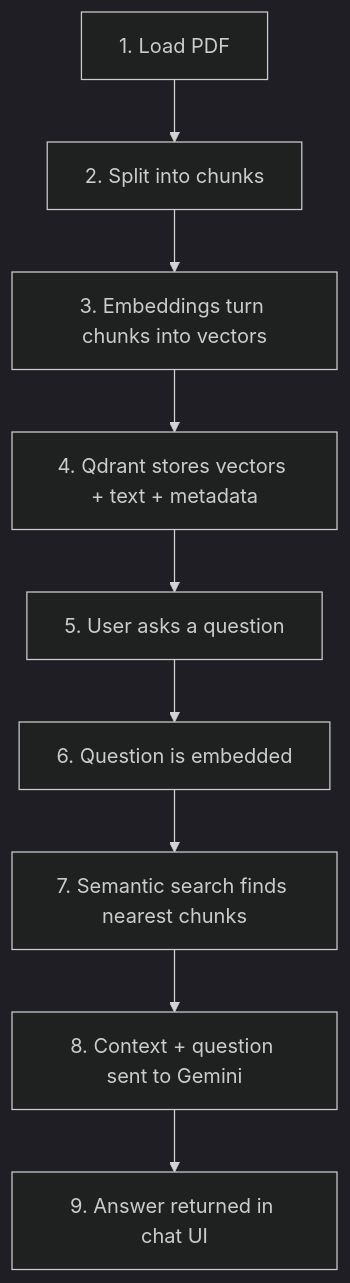
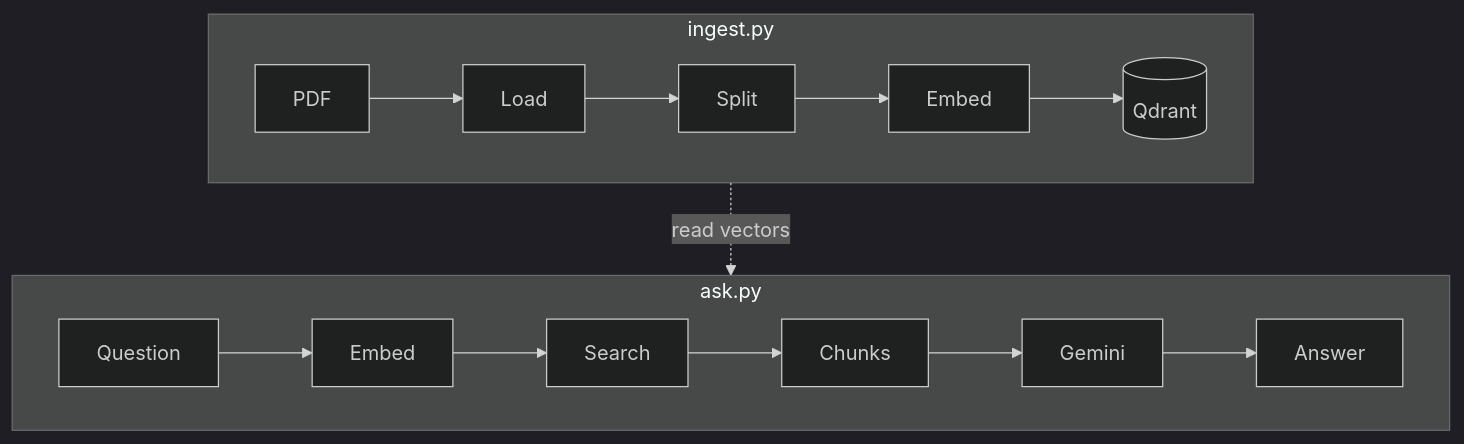
One commit to pushpendraf31/fxhive-rag changed the third of 5 diagrams in README.md. Above: the diagram before and after it, drawn with Mermaid (dark theme). The commit also changed other lines of this file, not shown here.

````diff
--- a/README.md
+++ b/README.md
@@ -182,11 +192,14 @@
 ```mermaid
-flowchart TD
-  A["1. Load PDF"] --> B["2. Split into chunks"]
-  B --> C["3. Embeddings turn chunks into vectors"]
-  C --> D["4. Qdrant stores vectors + text + metadata"]
-  D --> E["5. User asks a question"]
-  E --> F["6. Question is embedded"]
-  F --> G["7. Semantic search finds nearest chunks"]
-  G --> H["8. Context + question sent to Gemini"]
-  H --> I["9. Answer returned in chat UI"]
+flowchart TB
+  subgraph INGEST[ingest.py]
+    direction LR
+    A[PDF] --> B[Load] --> C[Split] --> D[Embed] --> E[(Qdrant)]
+  end
+
+  subgraph ASK[ask.py]
+    direction LR
+    F[Question] --> G[Embed] --> H[Search] --> I[Chunks] --> J[Gemini] --> K[Answer]
+  end
+
+  E -.->|read vectors| H
 ```
````
